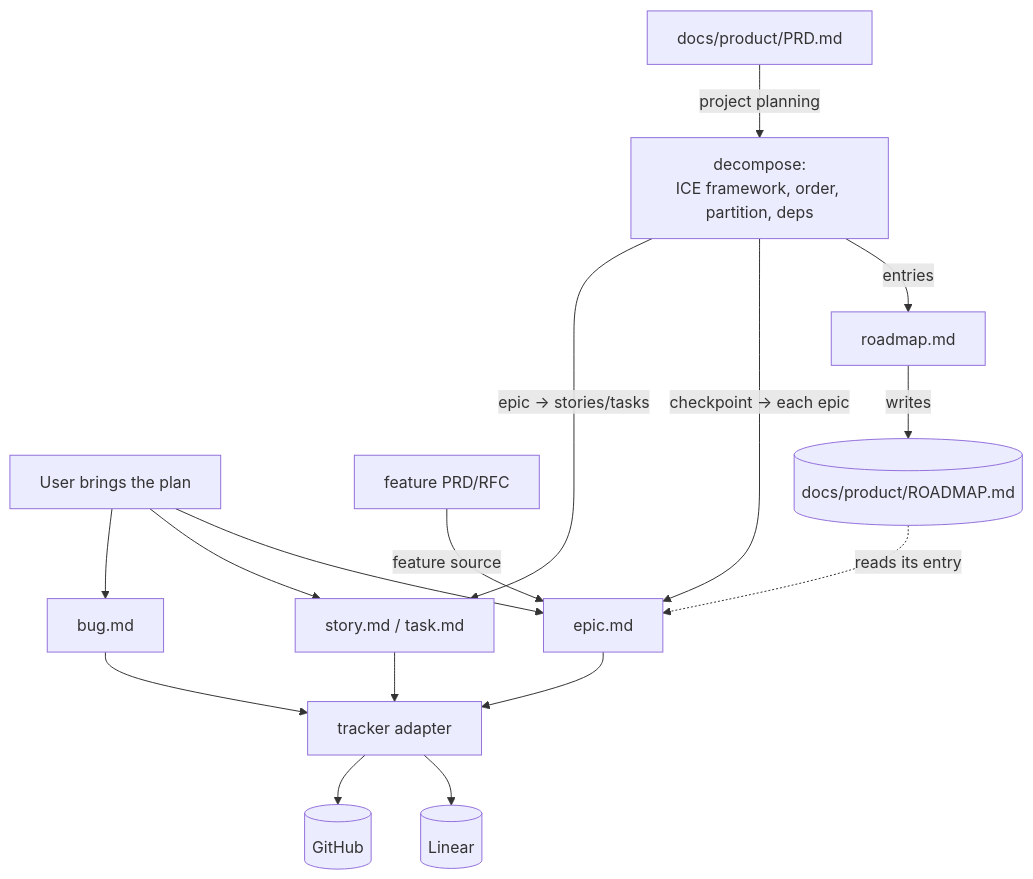
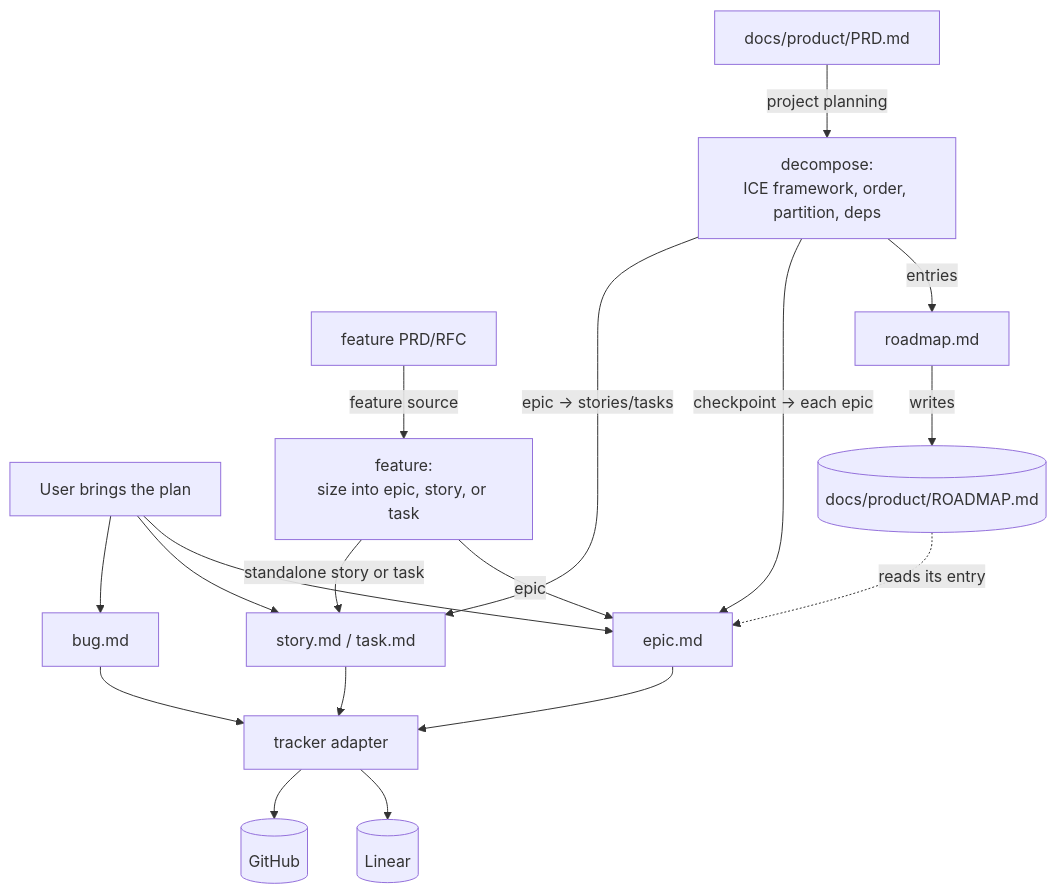
One commit to adeonir/agent-skills changed the diagram in skills/product/epic-tracker/README.md. Above: the diagram before and after it, drawn with Mermaid. The commit also changed other lines of this file and 5 other files, not shown here.

First line of the commit message:
feat(epic-tracker): size feature documents into epic, story, or task

````diff
--- a/skills/product/epic-tracker/README.md
+++ b/skills/product/epic-tracker/README.md
@@ -7,18 +7,20 @@
 ```mermaid
 flowchart TD
     USER[User brings the plan] --> EP[epic.md]
     USER --> STK[story.md / task.md]
     USER --> BG[bug.md]
     PRD[docs/product/PRD.md] -->|project planning| DEC[decompose:<br>ICE framework, order, partition, deps]
-    FPRD[feature PRD/RFC] -->|feature source| EP[epic.md]
+    FPRD[feature PRD/RFC] -->|feature source| FT[feature:<br>size into epic, story, or task]
+    FT -->|epic| EP
+    FT -->|standalone story or task| STK
     DEC -->|entries| RW[roadmap.md]
     RW -->|writes| RM[(docs/product/ROADMAP.md)]
     DEC -->|checkpoint → each epic| EP
     RM -.reads its entry.-> EP
     DEC -->|epic → stories/tasks| STK
     EP --> SY[tracker adapter]
     STK --> SY
     BG --> SY
     SY --> LN[(Linear)]
     SY --> GH[(GitHub)]
 ```
````
